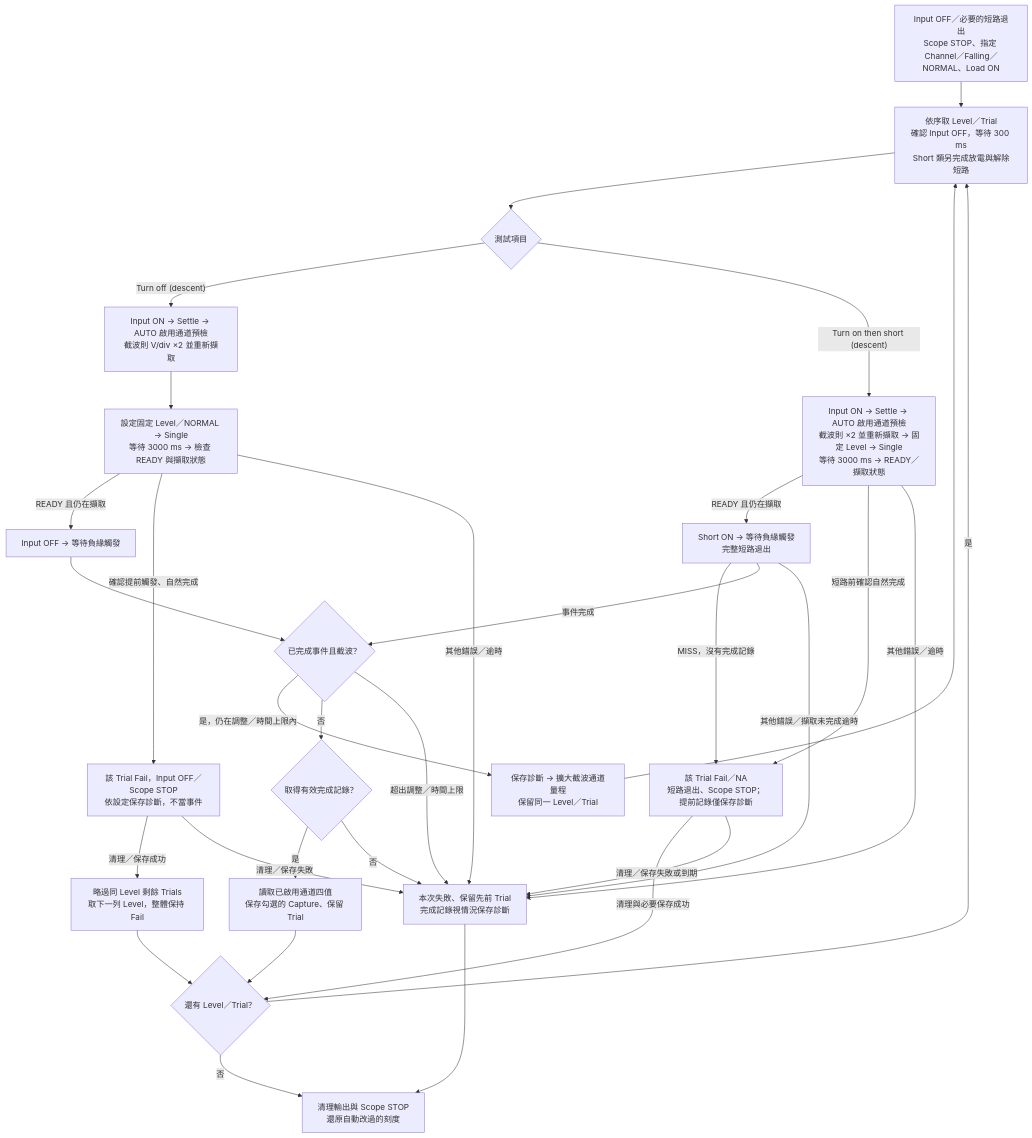
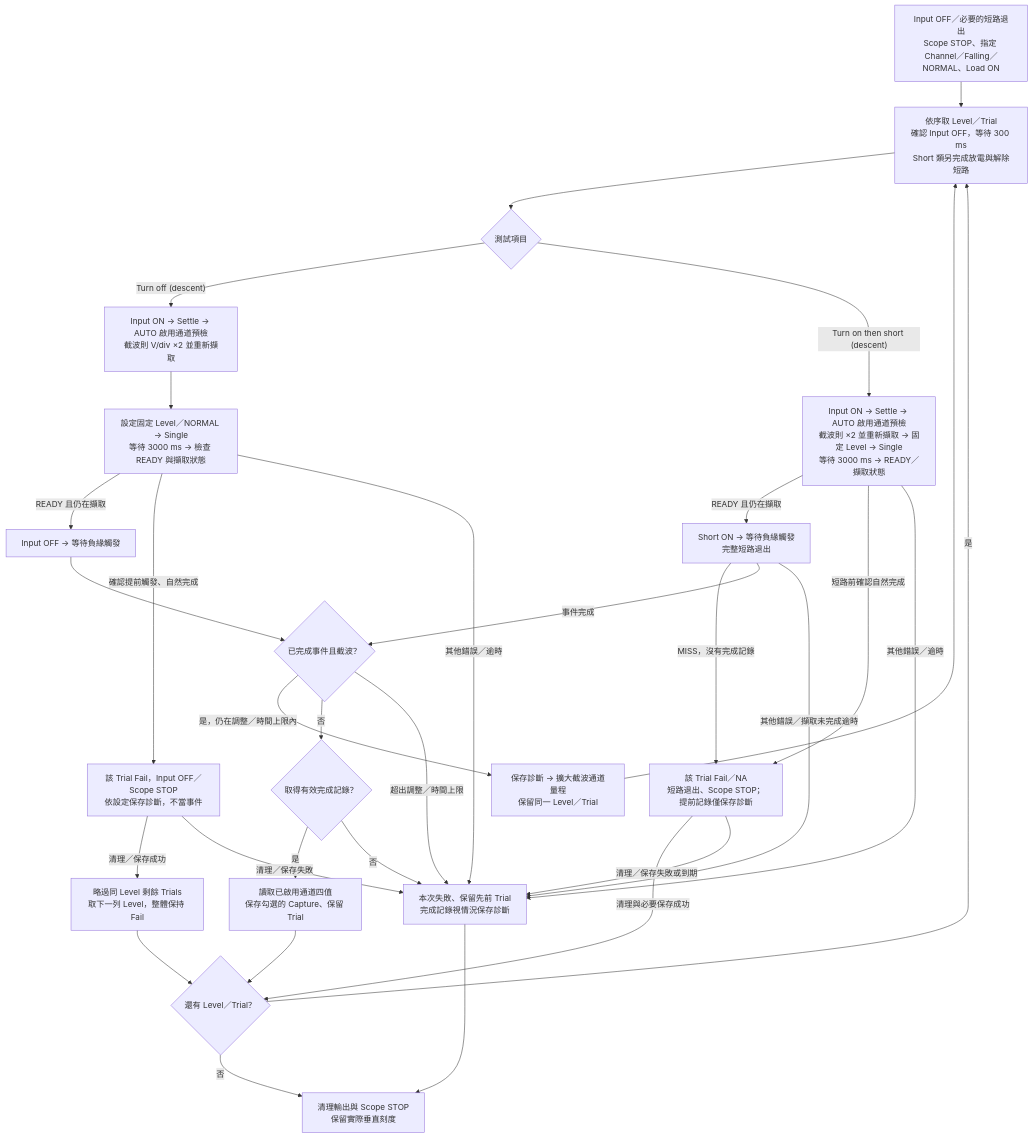
The first of 6 diagrams in MEASUREMENT_STRATEGIES.md (Jaxon-Su/ElectronicATE), drawn with Mermaid before and after one commit. The commit also changed other lines of this file and 82 other files, not shown here.

````diff
--- a/MEASUREMENT_STRATEGIES.md
+++ b/MEASUREMENT_STRATEGIES.md
@@ -81,34 +83,34 @@
 ```mermaid
 flowchart TD
     A["Input OFF／必要的短路退出<br/>Scope STOP、指定 Channel／Falling／NORMAL、Load ON"] --> B["依序取 Level／Trial<br/>確認 Input OFF，等待 300 ms<br/>Short 類另完成放電與解除短路"]
     B --> D{"測試項目"}
     D -->|"Turn off (descent)"| P["Input ON → Settle → AUTO 啟用通道預檢<br/>截波則 V/div ×2 並重新擷取"]
     P --> Q["設定固定 Level／NORMAL → Single<br/>等待 3000 ms → 檢查 READY 與擷取狀態"]
     Q -->|"READY 且仍在擷取"| E["Input OFF → 等待負緣觸發"]
     Q -->|"確認提前觸發、自然完成"| N["該 Trial Fail，Input OFF／Scope STOP<br/>依設定保存診斷，不當事件"]
     N -->|"清理／保存成功"| O["略過同 Level 剩餘 Trials<br/>取下一列 Level，整體保持 Fail"]
     O --> I
     Q -->|"其他錯誤／逾時"| K
     N -->|"清理／保存失敗"| K
     D -->|"Turn on then short (descent)"| F["Input ON → Settle → AUTO 啟用通道預檢<br/>截波則 ×2 並重新擷取 → 固定 Level → Single<br/>等待 3000 ms → READY／擷取狀態"]
     F -->|"READY 且仍在擷取"| T["Short ON → 等待負緣觸發<br/>完整短路退出"]
     F -->|"短路前確認自然完成"| U["該 Trial Fail／NA<br/>短路退出、Scope STOP；提前記錄僅保存診斷"]
     F -->|"其他錯誤／逾時"| K
     T -->|"MISS，沒有完成記錄"| U
     U -->|"清理與必要保存成功"| I
     U -->|"清理／保存失敗或到期"| K
     E --> R{"已完成事件且截波？"}
     R -->|"是，仍在調整／時間上限內"| S["保存診斷 → 擴大截波通道量程<br/>保留同一 Level／Trial"]
     S --> B
     R -->|"否"| G
     R -->|"超出調整／時間上限"| K
     G{"取得有效完成記錄？"}
     T -->|"事件完成"| R
     T -->|"其他錯誤／擷取未完成逾時"| K
     G -->|"是"| H["讀取已啟用通道四值<br/>保存勾選的 Capture、保留 Trial"]
     H --> I{"還有 Level／Trial？"}
     I -->|"是"| B
-    I -->|"否"| J["清理輸出與 Scope STOP<br/>還原自動改過的刻度"]
+    I -->|"否"| J["清理輸出與 Scope STOP<br/>保留實際垂直刻度"]
     G -->|"否"| K["本次失敗、保留先前 Trial<br/>完成記錄視情況保存診斷"]
     K --> J
 ```
````
